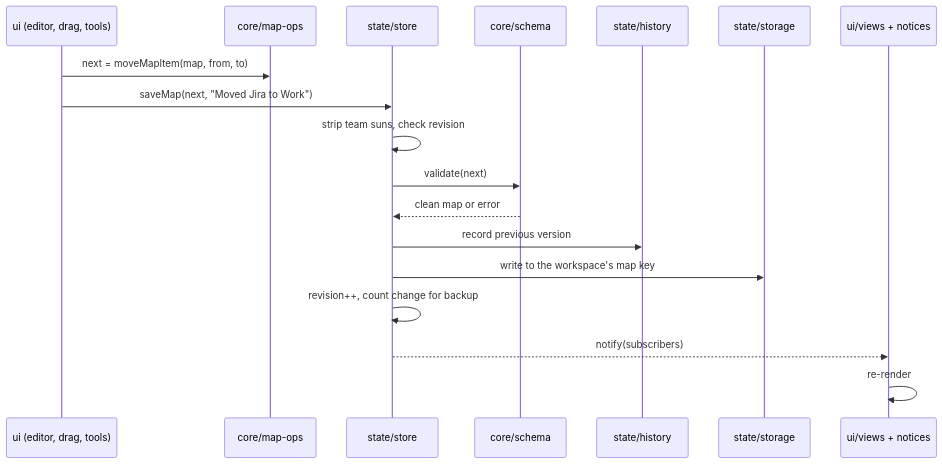
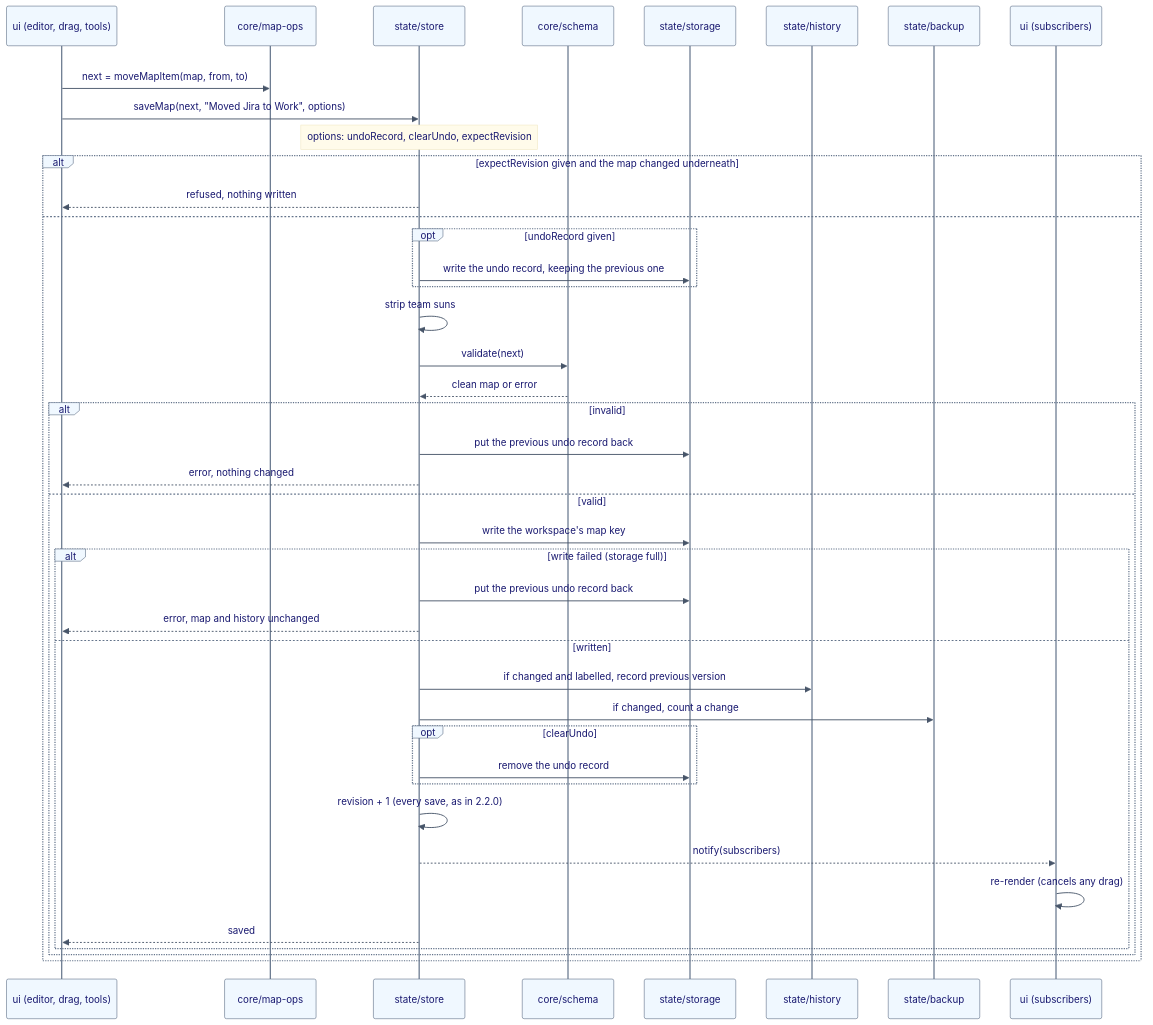
One commit to scufflegrits/orbit changed the second of 3 diagrams in REWRITE_PLAN.md. Above: the diagram before and after it, drawn with Mermaid. The commit also changed other lines of this file and 1 other file, not shown here.

Commit message:
Revise the rewrite plan from three reviews; redraw diagrams to the Mermaid guide

````diff
--- a/REWRITE_PLAN.md
+++ b/REWRITE_PLAN.md
@@ -247,21 +261,69 @@
 ```mermaid
+---
+config:
+  theme: base
+  # Sequence diagrams use their own renderer; flowchart layout settings do not apply.
+  themeVariables:
+    darkMode: false
+    background: "#ffffff"
+    actorBkg: "#f0f8ff"
+    actorTextColor: "#191970"
+    actorBorder: "#64748b"
+    actorLineColor: "#64748b"
+    signalColor: "#475569"
+    signalTextColor: "#191970"
+    noteBkgColor: "#fffbea"
+    noteTextColor: "#191970"
+    labelBoxBkgColor: "#f0f8ff"
+    labelTextColor: "#191970"
+    loopTextColor: "#191970"
+---
+%% One map change through the store, including every failure path.
+%% Order matches 2.2.0 (storage.js:328-339, editor.js:162-185) except
+%% expectRevision, which moves from the drag code into the store.
 sequenceDiagram
-  participant UI as ui (editor, drag, tools)
-  participant Ops as core/map-ops
-  participant Store as state/store
-  participant Schema as core/schema
-  participant Hist as state/history
-  participant St as state/storage
-  participant Views as ui/views + notices
+  participant UI_CALLER as ui (editor, drag, tools)
+  participant CORE_MAP_OPS as core/map-ops
+  participant STATE_STORE as state/store
+  participant CORE_SCHEMA as core/schema
+  participant STATE_STORAGE as state/storage
+  participant STATE_HISTORY as state/history
+  participant STATE_BACKUP as state/backup
+  participant UI_SUBSCRIBERS as ui (subscribers)
 
-  UI->>Ops: next = moveMapItem(map, from, to)
-  UI->>Store: saveMap(next, "Moved Jira to Work")
-  Store->>Store: strip team suns, check revision
-  Store->>Schema: validate(next)
-  Schema-->>Store: clean map or error
-  Store->>Hist: record previous version
-  Store->>St: write to the workspace's map key
-  Store->>Store: revision++, count change for backup
-  Store-->>Views: notify(subscribers)
-  Views->>Views: re-render
+  rect rgb(255,255,255)
+    UI_CALLER->>CORE_MAP_OPS: next = moveMapItem(map, from, to)
+    UI_CALLER->>STATE_STORE: saveMap(next, "Moved Jira to Work", options)
+    Note over STATE_STORE: options: undoRecord, clearUndo, expectRevision
+    alt expectRevision given and the map changed underneath
+      STATE_STORE-->>UI_CALLER: refused, nothing written
+    else
+      opt undoRecord given
+        STATE_STORE->>STATE_STORAGE: write the undo record, keeping the previous one
+      end
+      STATE_STORE->>STATE_STORE: strip team suns
+      STATE_STORE->>CORE_SCHEMA: validate(next)
+      CORE_SCHEMA-->>STATE_STORE: clean map or error
+      alt invalid
+        STATE_STORE->>STATE_STORAGE: put the previous undo record back
+        STATE_STORE-->>UI_CALLER: error, nothing changed
+      else valid
+        STATE_STORE->>STATE_STORAGE: write the workspace's map key
+        alt write failed (storage full)
+          STATE_STORE->>STATE_STORAGE: put the previous undo record back
+          STATE_STORE-->>UI_CALLER: error, map and history unchanged
+        else written
+          STATE_STORE->>STATE_HISTORY: if changed and labelled, record previous version
+          STATE_STORE->>STATE_BACKUP: if changed, count a change
+          opt clearUndo
+            STATE_STORE->>STATE_STORAGE: remove the undo record
+          end
+          STATE_STORE->>STATE_STORE: revision + 1 (every save, as in 2.2.0)
+          STATE_STORE-->>UI_SUBSCRIBERS: notify(subscribers)
+          UI_SUBSCRIBERS->>UI_SUBSCRIBERS: re-render (cancels any drag)
+          STATE_STORE-->>UI_CALLER: saved
+        end
+      end
+    end
+  end
 ```
````
